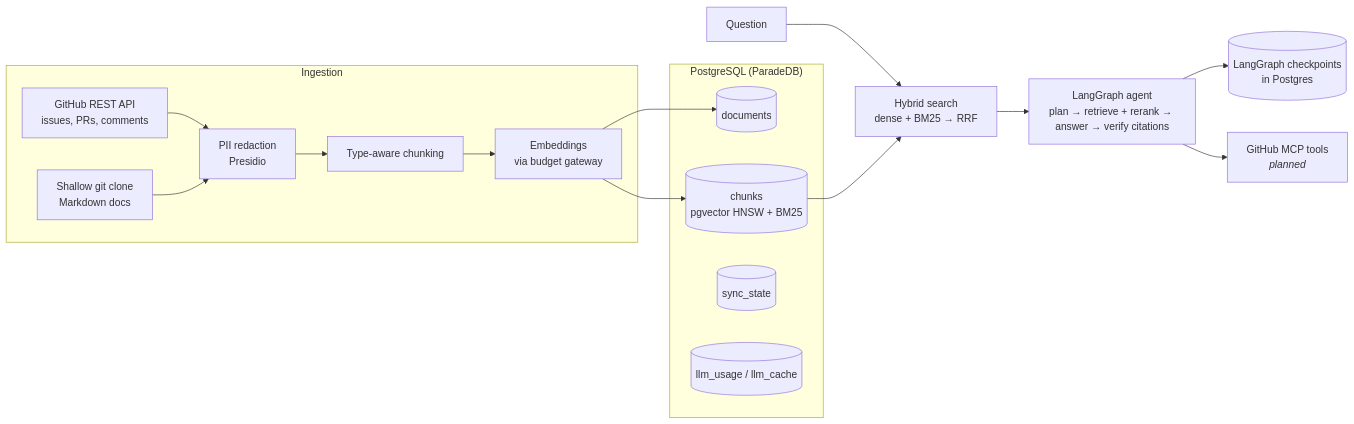
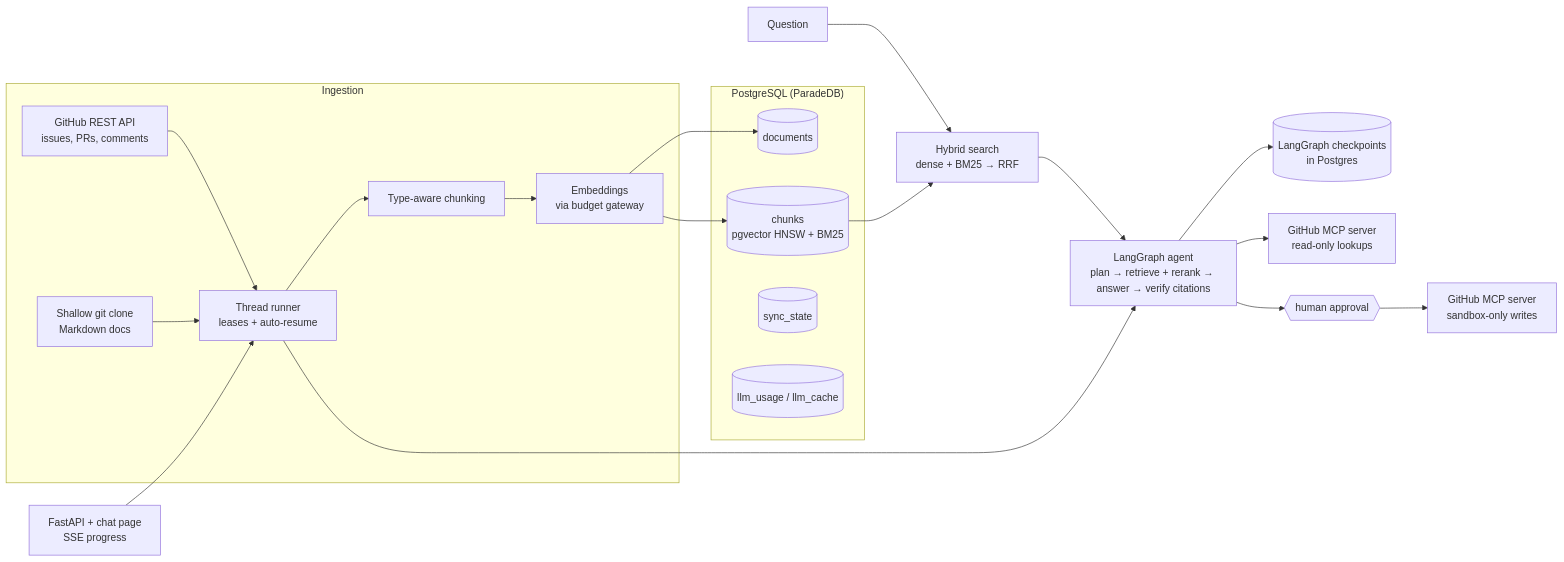
Before and after one commit to pavankalyan-5/Agentic-RAG: the diagram in README.md, drawn with Mermaid. The commit also changed other lines of this file and 29 other files, not shown here.

````diff
--- a/README.md
+++ b/README.md
@@ -17,24 +17,28 @@
 ```mermaid
 flowchart LR
     subgraph Ingestion
         GH[GitHub REST API<br/>issues, PRs, comments] --> R
         GIT[Shallow git clone<br/>Markdown docs] --> R
         R[PII redaction<br/>Presidio] --> C[Type-aware chunking]
         C --> E[Embeddings<br/>via budget gateway]
     end
 
     subgraph Postgres["PostgreSQL (ParadeDB)"]
         D[(documents)]
         CH[(chunks<br/>pgvector HNSW + BM25)]
         S[(sync_state)]
         L[(llm_usage / llm_cache)]
     end
 
     E --> CH
     E --> D
     Q[Question] --> HS[Hybrid search<br/>dense + BM25 → RRF]
     CH --> HS
     HS --> A[LangGraph agent<br/>plan → retrieve + rerank → answer → verify citations]
     A --> CK[(LangGraph checkpoints<br/>in Postgres)]
-    A --> MCP[GitHub MCP tools<br/><i>planned</i>]
+    A --> MCP[GitHub MCP server<br/>read-only lookups]
+    A --> HITL{{human approval}}
+    HITL --> W[GitHub MCP server<br/>sandbox-only writes]
+    API[FastAPI + chat page<br/>SSE progress] --> R[Thread runner<br/>leases + auto-resume]
+    R --> A
 ```
````
